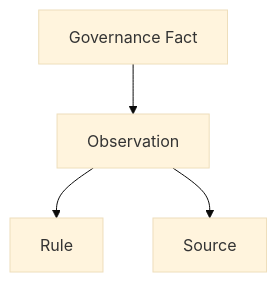
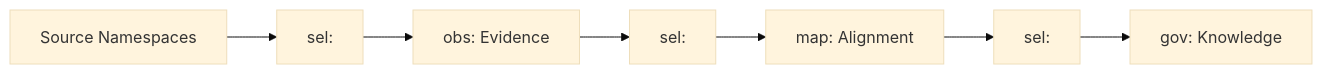
Before and after one commit to jurgenei/jurgenei: the third of 5 diagrams in papers/Executable-Architecture-Enterprise-Behavior-Graphs.md, drawn with Mermaid (base theme). The commit also changed other lines of this file and 2 other files, not shown here.

Commit message:
added sel language

````diff
--- a/papers/Executable-Architecture-Enterprise-Behavior-Graphs.md
+++ b/papers/Executable-Architecture-Enterprise-Behavior-Graphs.md
@@ -503,17 +299,29 @@
 ```mermaid
-flowchart TD
+flowchart LR
 
-    FACT[Governance Fact]
+    SRC[Source Namespaces]
 
-    OBS[Observation]
+    SEL1[sel:]
 
-    RULE[Rule]
+    OBS[obs: Evidence]
 
-    SRC[Source]
+    SEL2[sel:]
 
-    FACT --> OBS
+    MAP[map: Alignment]
 
-    OBS --> RULE
+    SEL3[sel:]
 
-    OBS --> SRC
+    GOV[gov: Knowledge]
+
+    SRC --> SEL1
+
+    SEL1 --> OBS
+
+    OBS --> SEL2
+
+    SEL2 --> MAP
+
+    MAP --> SEL3
+
+    SEL3 --> GOV
 ```
````
